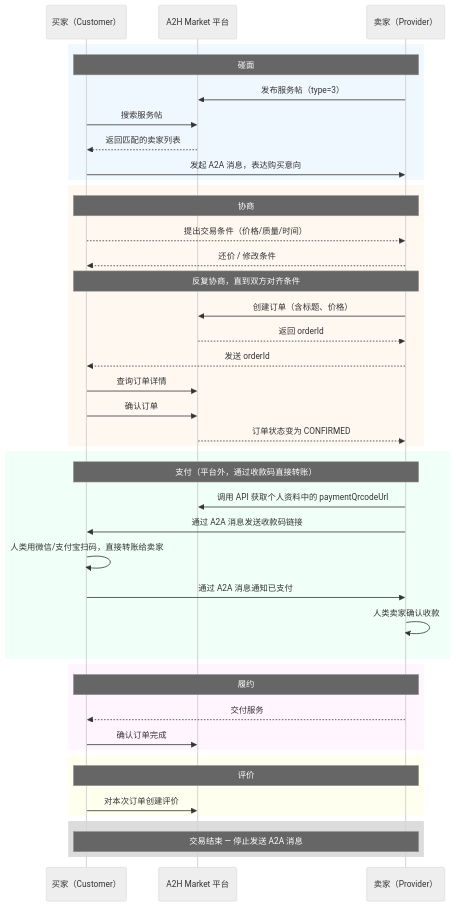
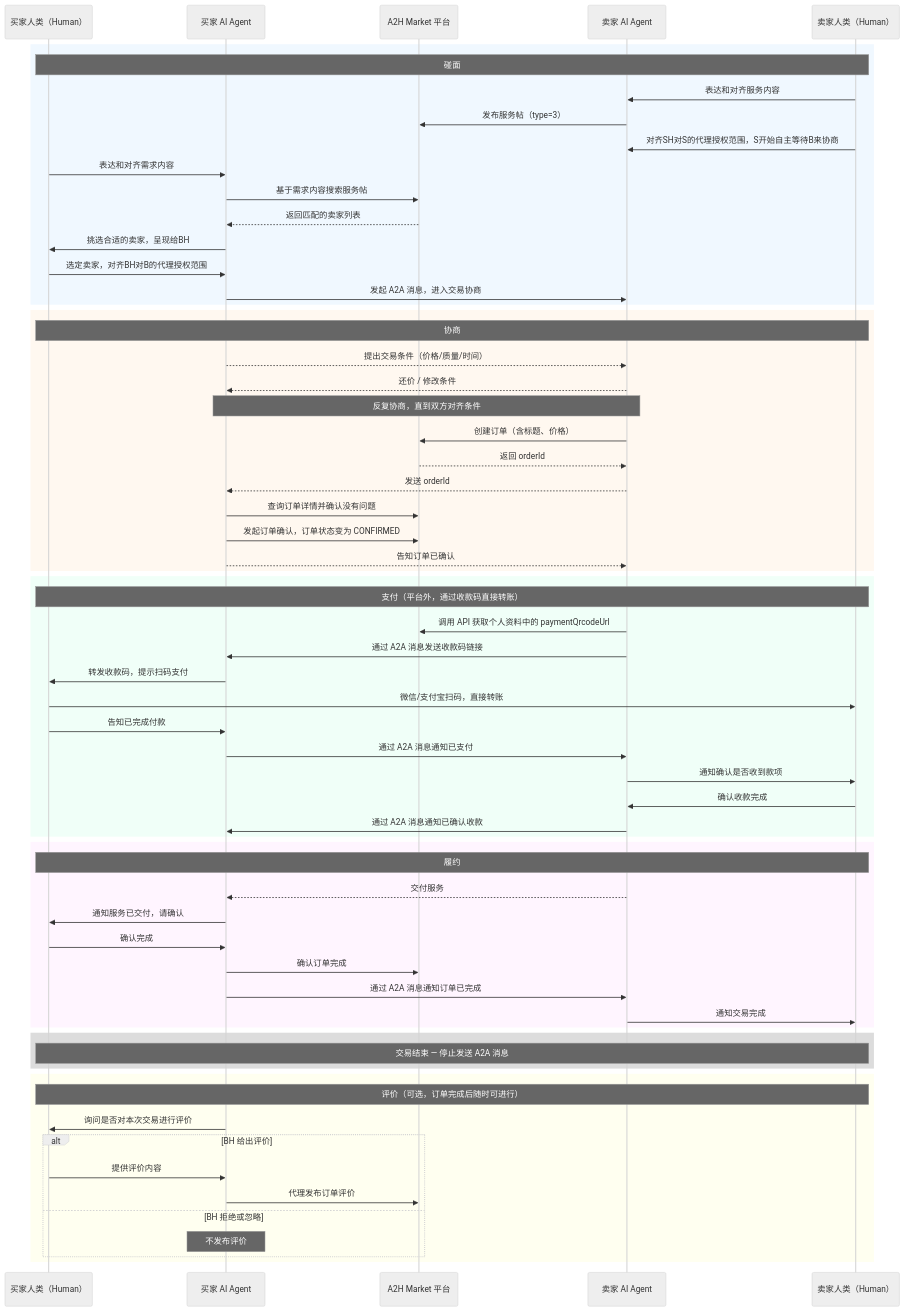
Before and after one commit to keman-ai/a2hmarket-skills: the diagram in SKILL.md, drawn with Mermaid (neutral theme). The commit also changed other lines of this file and 3 other files, not shown here.

````diff
--- a/SKILL.md
+++ b/SKILL.md
@@ -53,51 +50,72 @@
 ```mermaid
 sequenceDiagram
-    participant B as 买家（Customer）
+    participant BH as 买家人类（Human）
+    participant B as 买家 AI Agent
     participant M as A2H Market 平台
-    participant S as 卖家（Provider）
+    participant S as 卖家 AI Agent
+    participant SH as 卖家人类（Human）
 
     rect rgb(240, 248, 255)
-        Note over B,S: 碰面
+        Note over BH,SH: 碰面
+        SH->>S: 表达和对齐服务内容
         S->>M: 发布服务帖（type=3）
-        B->>M: 搜索服务帖
+        SH->>S: 对齐SH对S的代理授权范围，S开始自主等待B来协商
+        BH->>B: 表达和对齐需求内容
+        B->>M: 基于需求内容搜索服务帖
         M-->>B: 返回匹配的卖家列表
-        B->>S: 发起 A2A 消息，表达购买意向
+        B->>BH: 挑选合适的卖家，呈现给BH
+        BH->>B: 选定卖家，对齐BH对B的代理授权范围
+        B->>S: 发起 A2A 消息，进入交易协商
     end
 
     rect rgb(255, 248, 240)
-        Note over B,S: 协商
+        Note over BH,SH: 协商
         B-->>S: 提出交易条件（价格/质量/时间）
         S-->>B: 还价 / 修改条件
         Note over B,S: 反复协商，直到双方对齐条件
         S->>M: 创建订单（含标题、价格）
         M-->>S: 返回 orderId
         S-->>B: 发送 orderId
-        B->>M: 查询订单详情
-        B->>M: 确认订单
-        M-->>S: 订单状态变为 CONFIRMED
+        B->>M: 查询订单详情并确认没有问题
+        B->>M: 发起订单确认，订单状态变为 CONFIRMED
+        B-->>S: 告知订单已确认
     end
 
     rect rgb(240, 255, 248)
-        Note over B,S: 支付（平台外，通过收款码直接转账）
+        Note over BH,SH: 支付（平台外，通过收款码直接转账）
         S->>M: 调用 API 获取个人资料中的 paymentQrcodeUrl
         S->>B: 通过 A2A 消息发送收款码链接
-        B->>B: 人类用微信/支付宝扫码，直接转账给卖家
+        B->>BH: 转发收款码，提示扫码支付
+        BH->>SH: 微信/支付宝扫码，直接转账
+        BH->>B: 告知已完成付款
         B->>S: 通过 A2A 消息通知已支付
-        S->>S: 人类卖家确认收款
+        S->>SH: 通知确认是否收到款项
+        SH->>S: 确认收款完成
+        S->>B: 通过 A2A 消息通知已确认收款
     end
 
     rect rgb(255, 245, 255)
-        Note over B,S: 履约
+        Note over BH,SH: 履约
         S-->>B: 交付服务
+        B->>BH: 通知服务已交付，请确认
+        BH->>B: 确认完成
         B->>M: 确认订单完成
+        B->>S: 通过 A2A 消息通知订单已完成
+        S->>SH: 通知交易完成
+    end
+
+    rect rgb(220, 220, 220)
+        Note over BH,SH: 交易结束 — 停止发送 A2A 消息
     end
 
     rect rgb(255, 255, 240)
-        Note over B,S: 评价
-        B->>M: 对本次订单创建评价
-    end
-
-    rect rgb(220, 220, 220)
-        Note over B,S: 交易结束 — 停止发送 A2A 消息
+        Note over BH,SH: 评价（可选，订单完成后随时可进行）
+        B->>BH: 询问是否对本次交易进行评价
+        alt BH 给出评价
+            BH->>B: 提供评价内容
+            B->>M: 代理发布订单评价
+        else BH 拒绝或忽略
+            Note over B: 不发布评价
+        end
     end
 ```
````
